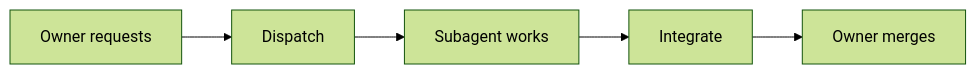
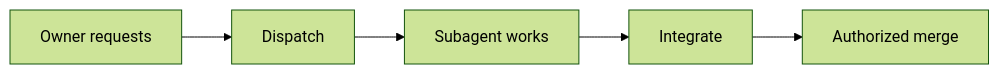
One commit to victusfate/scaffold changed the diagram in docs/diagrams/pages/orchestration.md. Above: the diagram before and after it, drawn with Mermaid (forest theme). The commit also changed other lines of this file and 30 other files, not shown here.

First line of the commit message:
docs(diagram-explorer-md): accuracy review fixes across 13 pages; guard against hidden HTML-like text

````diff
--- a/docs/diagrams/pages/orchestration.md
+++ b/docs/diagrams/pages/orchestration.md
@@ -7,7 +7,7 @@
 ```mermaid
 flowchart LR
   request["Owner requests"] --> dispatch["Dispatch"]
   dispatch["Dispatch"] --> work["Subagent works"]
   work["Subagent works"] --> integrate["Integrate"]
-  integrate["Integrate"] --> ship["Owner merges"]
+  integrate["Integrate"] --> ship["Authorized merge"]
 ```
````
